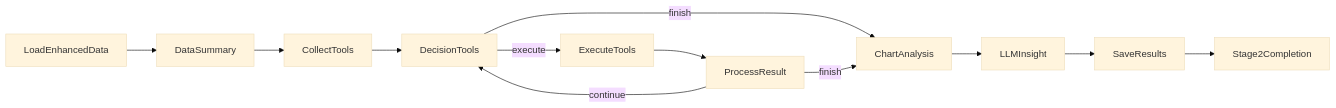
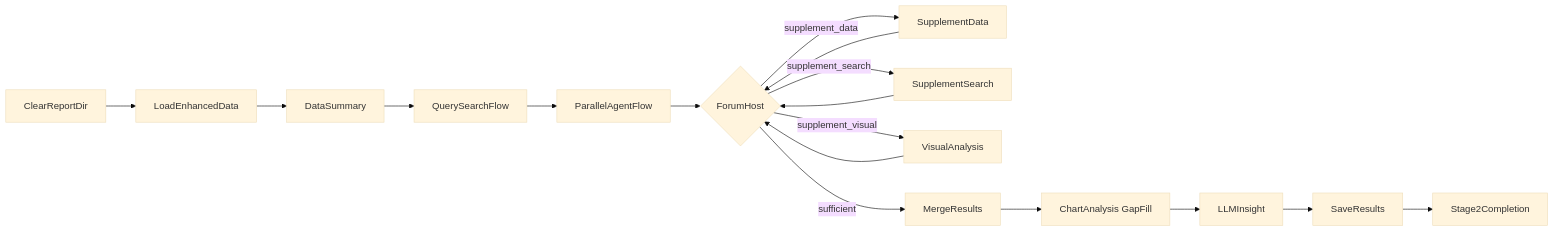
Before and after one commit to Hyacehila/AnalysisPosts: the diagram in doc/stage2_analysis.md, drawn with Mermaid (base theme). The commit also changed other lines of this file and 40 other files, not shown here.

Commit message:
feat(stage2): complete StageB flow and harden key handling

````diff
--- a/doc/stage2_analysis.md
+++ b/doc/stage2_analysis.md
@@ -94,14 +24,21 @@
 ```mermaid
 flowchart LR
-    LD[LoadEnhancedData] --> DS[DataSummary]
-    DS --> CT[CollectTools]
-    CT --> DT[DecisionTools]
-    DT -->|execute| ET[ExecuteTools]
-    ET --> PR[ProcessResult]
-    PR -->|continue| DT
-    DT -->|finish| CA[ChartAnalysis]
-    PR -->|finish| CA
+    CLR[ClearReportDir] --> LD[LoadEnhancedData]
+    LD --> DS[DataSummary]
+    DS --> QSF[QuerySearchFlow]
+    QSF --> PF[ParallelAgentFlow]
+    PF --> FH{ForumHost}
+
+    FH -->|supplement_data| SDA[SupplementData]
+    FH -->|supplement_search| SSA[SupplementSearch]
+    FH -->|supplement_visual| VA[VisualAnalysis]
+    SDA --> FH
+    SSA --> FH
+    VA --> FH
+
+    FH -->|sufficient| MRG[MergeResults]
+    MRG --> CA[ChartAnalysis GapFill]
     CA --> LI[LLMInsight]
     LI --> SR[SaveResults]
     SR --> SC[Stage2Completion]
 ```
````
